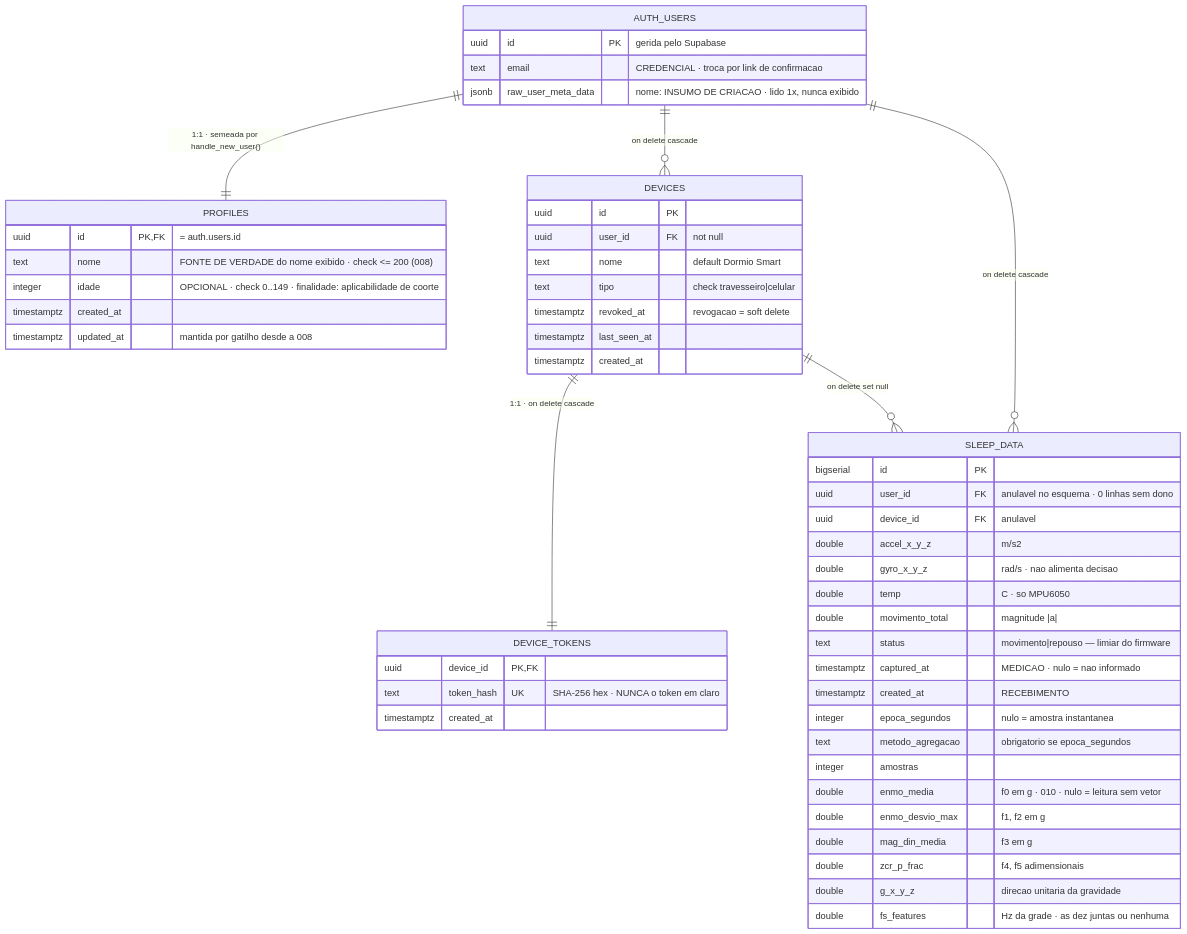
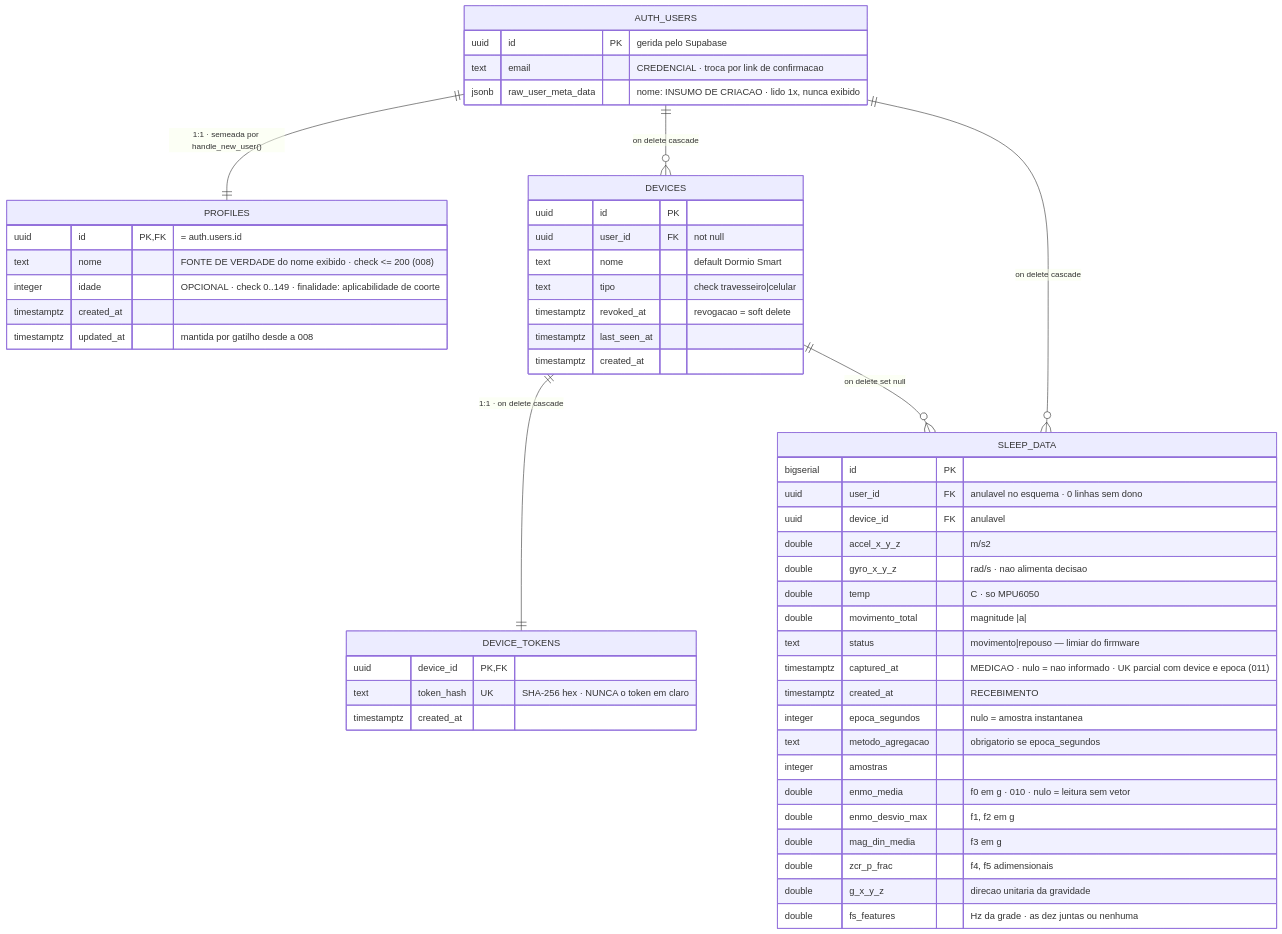
One commit to vitormendes4072/DormioSmart changed the first of 3 diagrams in docs/diagramas/DIAG-04-modelo-de-dados-e-seguranca.md. Above: the diagram before and after it, drawn with Mermaid. The commit also changed 14 other files, not shown here.

First line of the commit message:
feat: leitura idempotente no banco, a epoca reenviada nao duplica (DATA-08)

````diff
--- a/docs/diagramas/DIAG-04-modelo-de-dados-e-seguranca.md
+++ b/docs/diagramas/DIAG-04-modelo-de-dados-e-seguranca.md
@@ -35,56 +35,56 @@
 ```mermaid
 erDiagram
     AUTH_USERS ||--|| PROFILES : "1:1 · semeada por handle_new_user()"
     AUTH_USERS ||--o{ DEVICES : "on delete cascade"
     AUTH_USERS ||--o{ SLEEP_DATA : "on delete cascade"
     DEVICES ||--|| DEVICE_TOKENS : "1:1 · on delete cascade"
     DEVICES ||--o{ SLEEP_DATA : "on delete set null"
 
     AUTH_USERS {
         uuid id PK "gerida pelo Supabase"
         text email "CREDENCIAL · troca por link de confirmacao"
         jsonb raw_user_meta_data "nome: INSUMO DE CRIACAO · lido 1x, nunca exibido"
     }
     PROFILES {
         uuid id PK,FK "= auth.users.id"
         text nome "FONTE DE VERDADE do nome exibido · check <= 200 (008)"
         integer idade "OPCIONAL · check 0..149 · finalidade: aplicabilidade de coorte"
         timestamptz created_at
         timestamptz updated_at "mantida por gatilho desde a 008"
     }
     DEVICES {
         uuid id PK
         uuid user_id FK "not null"
         text nome "default Dormio Smart"
         text tipo "check travesseiro|celular"
         timestamptz revoked_at "revogacao = soft delete"
         timestamptz last_seen_at
         timestamptz created_at
     }
     DEVICE_TOKENS {
         uuid device_id PK,FK
         text token_hash UK "SHA-256 hex · NUNCA o token em claro"
         timestamptz created_at
     }
     SLEEP_DATA {
         bigserial id PK
         uuid user_id FK "anulavel no esquema · 0 linhas sem dono"
         uuid device_id FK "anulavel"
         double accel_x_y_z "m/s2"
         double gyro_x_y_z "rad/s · nao alimenta decisao"
         double temp "C · so MPU6050"
         double movimento_total "magnitude |a|"
         text status "movimento|repouso — limiar do firmware"
-        timestamptz captured_at "MEDICAO · nulo = nao informado"
+        timestamptz captured_at "MEDICAO · nulo = nao informado · UK parcial com device e epoca (011)"
         timestamptz created_at "RECEBIMENTO"
         integer epoca_segundos "nulo = amostra instantanea"
         text metodo_agregacao "obrigatorio se epoca_segundos"
         integer amostras
         double enmo_media "f0 em g · 010 · nulo = leitura sem vetor"
         double enmo_desvio_max "f1, f2 em g"
         double mag_din_media "f3 em g"
         double zcr_p_frac "f4, f5 adimensionais"
         double g_x_y_z "direcao unitaria da gravidade"
         double fs_features "Hz da grade · as dez juntas ou nenhuma"
     }
 ```
````
